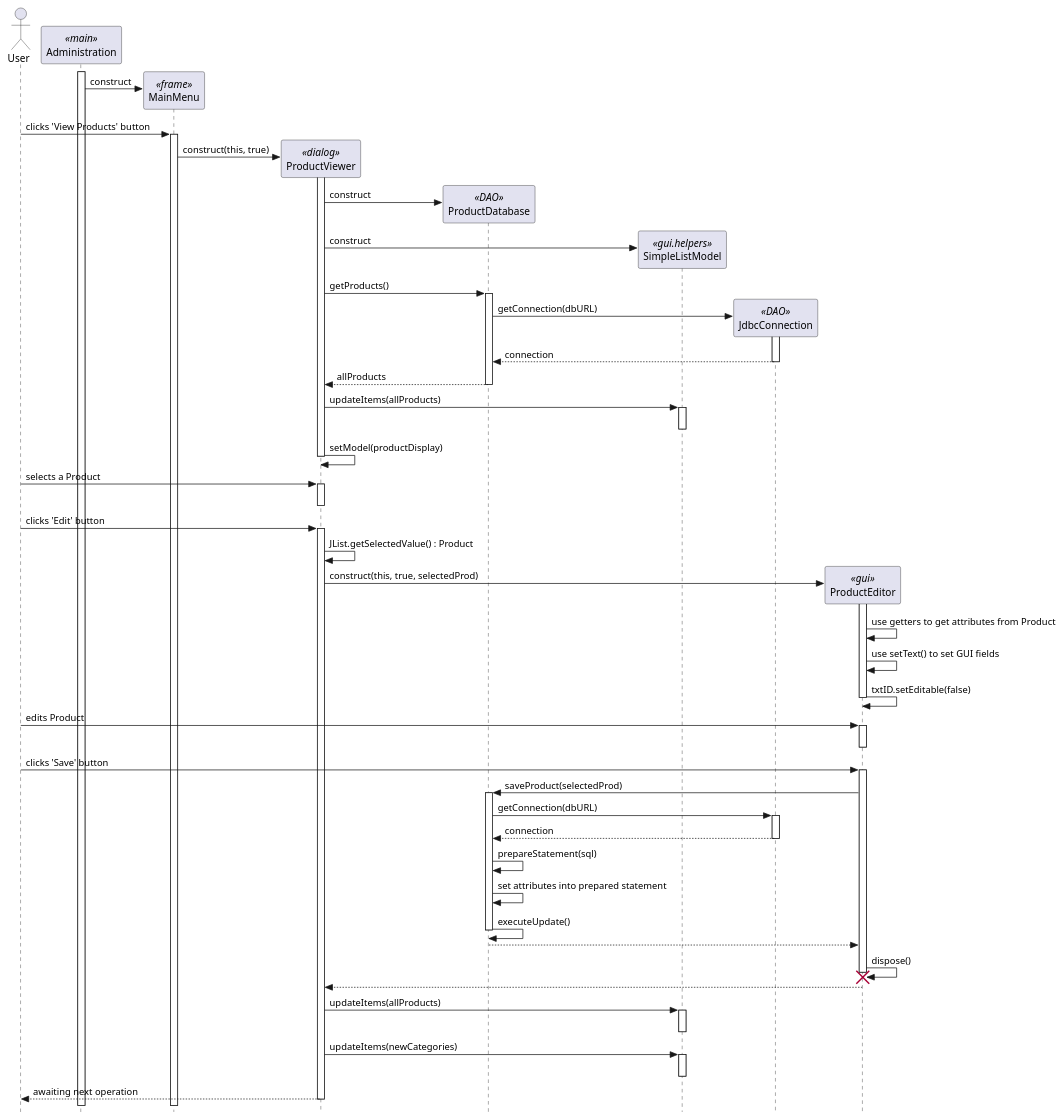
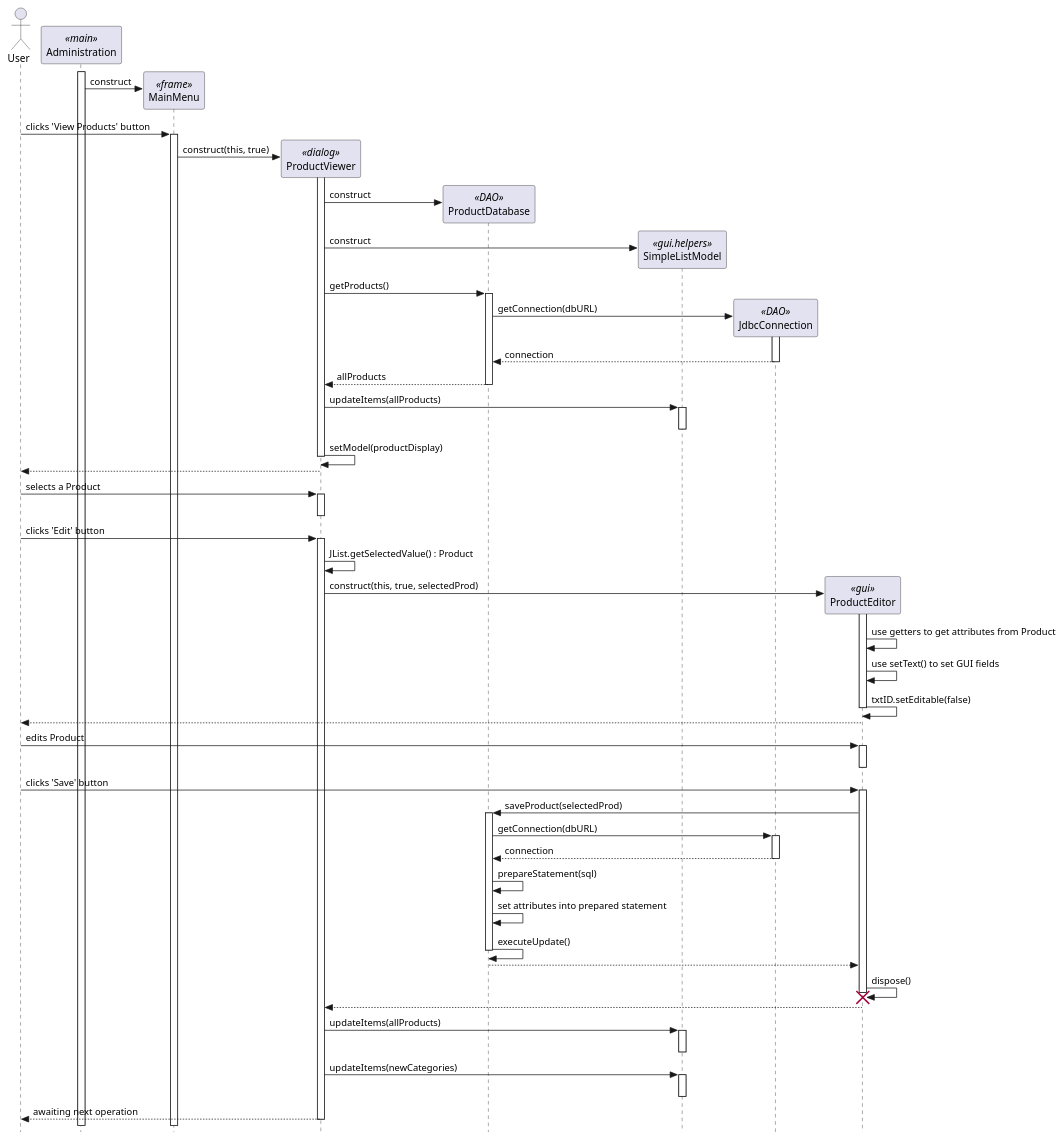
Before and after one commit to nikolahmcwin/shoppingSystem-info202: the diagram in sequenceDiagrams/editExistingProduct.puml, drawn with PlantUML.

Commit message:
Tidied return of flow across diagrams. References #10

```diff
--- a/sequenceDiagrams/editExistingProduct.puml
+++ b/sequenceDiagrams/editExistingProduct.puml
@@ -1,107 +1,108 @@
 @startuml
 
 ' use strict UML mode
 skinparam style strictuml
 
 ' create actor user
 actor "User" as user
 
 ' create main adminstration 
 participant "Administration" as main <<main>>
 main++
 
 ' create main menu frame
 create "MainMenu" as menu <<frame>>
 main -> menu : construct
 
 user -> menu++ : clicks 'View Products' button
 
 ' create product viewer dialog
 create "ProductViewer" as viewer <<dialog>>
 menu -> viewer :  construct(this, true)
 
 viewer++
 
 ' create a DAO
 create "ProductDatabase" as dao <<DAO>>
 viewer -> dao : construct 
 
 ' create the simple model list
 create "SimpleListModel" as modellist <<gui.helpers>>
 viewer -> modellist : construct
 
 
 
 ' get the products from dao database
 viewer -> dao++ : getProducts()
 'dao -> dao : JdbcConnection.getConnection(dbURL)
 'dao -> dao : dbCon.prepareStatement(sql);
 'dao -> dao : stmt.executeQuery()
 
 create "JdbcConnection" as jdbc <<DAO>>
 dao -> jdbc++ : getConnection(dbURL)
 jdbc --> dao : connection
 jdbc--
 
 dao --> viewer : allProducts
 dao--
 
 ' put products in Simple List Model
 viewer -> modellist++ : updateItems(allProducts)
 modellist--
 
 ' update list to display products
 viewer -> viewer : setModel(productDisplay)
 viewer--
 
 'viewer --> user
 
 ' Pull out selected product to edit
+viewer --> user
 user -> viewer++ : selects a Product 
 viewer--
 user -> viewer++ : clicks 'Edit' button
 viewer -> viewer : JList.getSelectedValue() : Product
 
 ' Create editor dialog and fill in the fields
 create "ProductEditor" as editor <<gui>>
 viewer -> editor++ : construct(this, true, selectedProd)
 
 editor -> editor : use getters to get attributes from Product
 editor -> editor : use setText() to set GUI fields
 editor -> editor : txtID.setEditable(false)
 editor--
-'editor --> user
+editor --> user
 
 user -> editor++ : edits Product
 editor--
 user -> editor++ : clicks 'Save' button
 editor -> dao++ : saveProduct(selectedProd)
 
 
 
 dao -> jdbc++ : getConnection(dbURL)
 jdbc--> dao : connection
 jdbc--
 
 dao -> dao : prepareStatement(sql)
 dao -> dao : set attributes into prepared statement
 dao -> dao : executeUpdate()
 dao--
 
 ' dispose editor as save is successful
 dao --> editor
 editor -> editor : dispose()
 destroy editor
 
 editor --> viewer
 
 ' put products in Simple List Model
 viewer -> modellist++ : updateItems(allProducts)
 modellist--
 
 viewer -> modellist++ :updateItems(newCategories)
 modellist--
 
 viewer --> user-- : awaiting next operation
 
 @enduml
```
